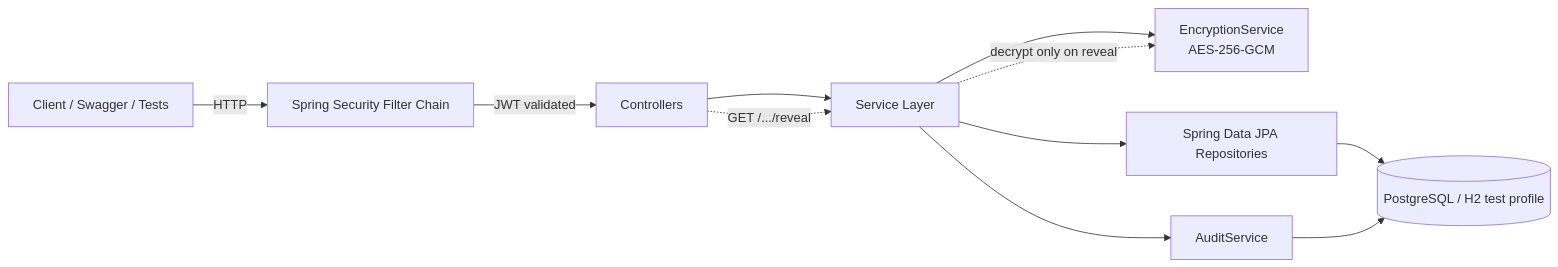
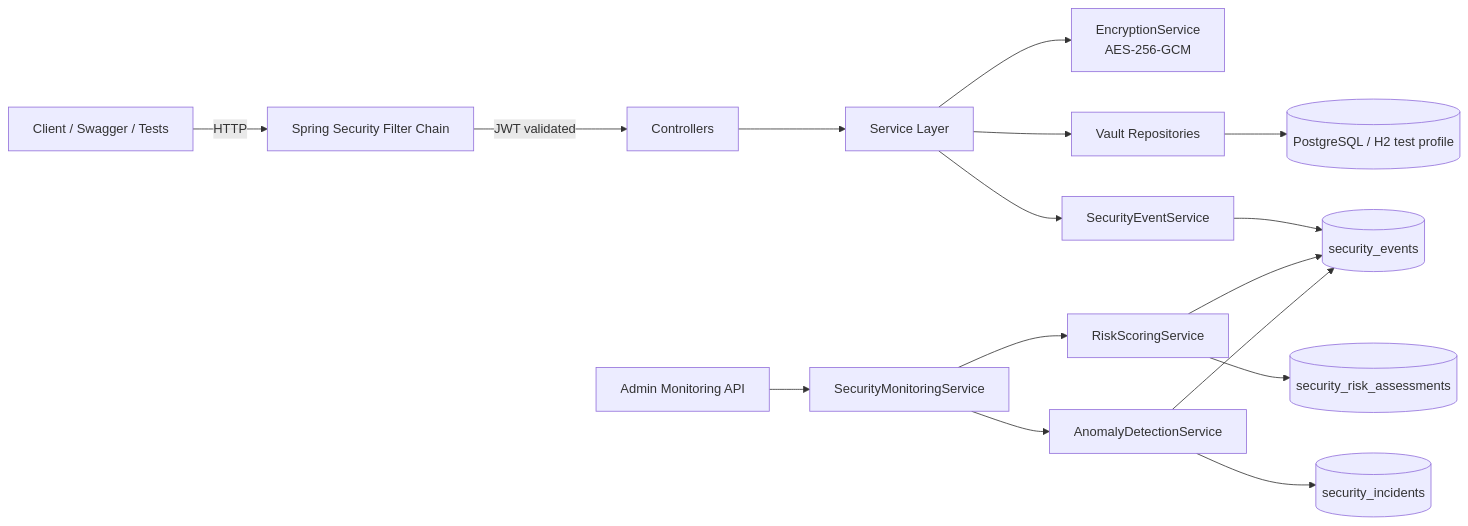
Before and after one commit to elyass1911-create/securevault: the diagram in README.md, drawn with Mermaid. The commit also changed other lines of this file and 26 other files, not shown here.

Commit message:
SecureVault v2: add security monitoring, risk scoring, anomaly detection, admin APIs, and tests

````diff
--- a/README.md
+++ b/README.md
@@ -70,18 +87,22 @@
 ```mermaid
 flowchart LR
     Client[Client / Swagger / Tests] -->|HTTP| Sec[Spring Security Filter Chain]
     Sec -->|JWT validated| Ctrl[Controllers]
+    Ctrl --> Svc[Service Layer]
 
-    Ctrl --> Svc[Service Layer]
     Svc --> Enc[EncryptionService<br/>AES-256-GCM]
+    Svc --> Repo[Vault Repositories]
 
-    Svc --> Repo[Spring Data JPA Repositories]
+    Svc --> EventSvc[SecurityEventService]
+    EventSvc --> EventRepo[(security_events)]
+
+    MonitorCtrl[Admin Monitoring API] --> MonitorSvc[SecurityMonitoringService]
+    MonitorSvc --> RiskSvc[RiskScoringService]
+    MonitorSvc --> AnomalySvc[AnomalyDetectionService]
+    RiskSvc --> RiskRepo[(security_risk_assessments)]
+    AnomalySvc --> IncidentRepo[(security_incidents)]
+    RiskSvc --> EventRepo
+    AnomalySvc --> EventRepo
+
     Repo --> DB[(PostgreSQL / H2 test profile)]
-
-    Svc --> Audit[AuditService]
-    Audit --> DB
-
-    %% reveal path emphasis
-    Ctrl -. "GET /.../reveal" .-> Svc
-    Svc -. decrypt only on reveal .-> Enc
 ```
````
